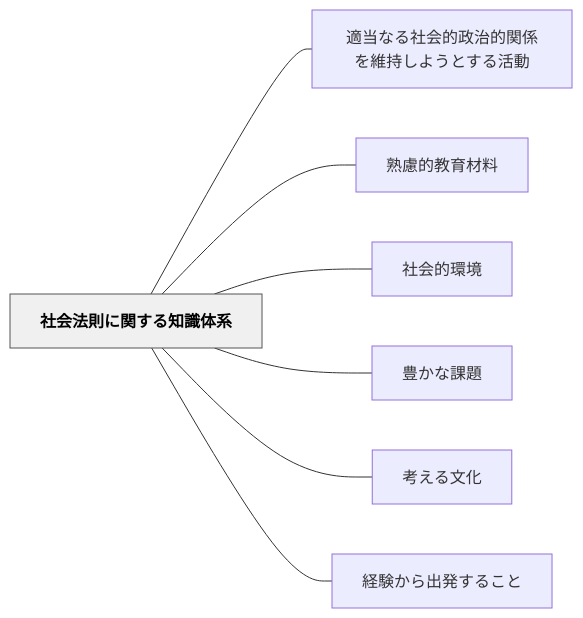
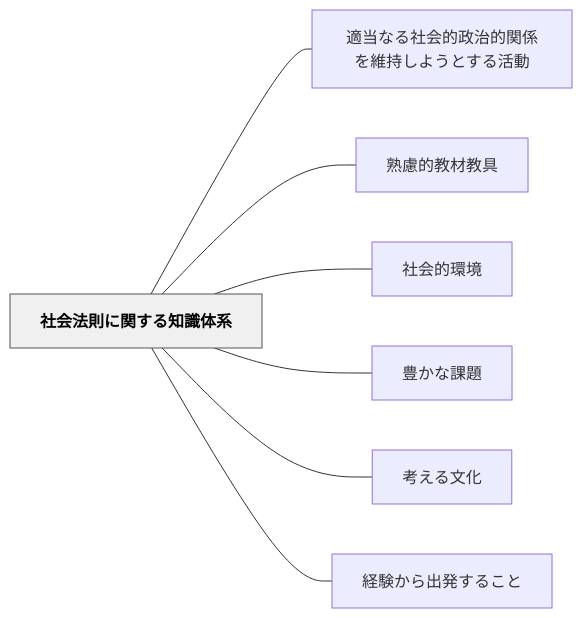
One commit to unknownthings-ed-patterns/unknownthings-ed-patterns changed the diagram in content/パタン/社会法則に関する知識体系.md. Above: the diagram before and after it, drawn with Mermaid. The commit also changed other lines of this file and 72 other files, not shown here.

````diff
--- a/content/パタン/社会法則に関する知識体系.md
+++ b/content/パタン/社会法則に関する知識体系.md
@@ -48,20 +48,20 @@
 ```mermaid
 flowchart LR
     ne7a4bee4bc9ae6b395e58987e381abe996a2e38199e3828be79fa5e8ad98e4bd93e7b3bb["社会法則に関する知識体系"]
     ne981a9e5bd93e381aae3828be7a4bee4bc9ae79a84e694bfe6b2bbe79a84e996a2e4bf82e38292e7b6ade68c81e38197e38288e38186e381a8e38199e3828be6b4bbe58b95["適当なる社会的政治的関係を維持しようとする活動"]
-    ne7869fe685aee79a84e69599e882b2e69d90e69699["熟慮的教育材料"]
+    ne7869fe685aee79a84e69599e69d90e69599e585b7["熟慮的教材教具"]
     ne7a4bee4bc9ae79a84e792b0e5a283["社会的環境"]
     ne8b18ae3818be381aae8aab2e9a18c["豊かな課題"]
     ne88083e38188e3828be69687e58c96["考える文化"]
     ne7b58ce9a893e3818be38289e587bae799bae38199e3828be38193e381a8["経験から出発すること"]
 
     ne7a4bee4bc9ae6b395e58987e381abe996a2e38199e3828be79fa5e8ad98e4bd93e7b3bb --- ne981a9e5bd93e381aae3828be7a4bee4bc9ae79a84e694bfe6b2bbe79a84e996a2e4bf82e38292e7b6ade68c81e38197e38288e38186e381a8e38199e3828be6b4bbe58b95
-    ne7a4bee4bc9ae6b395e58987e381abe996a2e38199e3828be79fa5e8ad98e4bd93e7b3bb --- ne7869fe685aee79a84e69599e882b2e69d90e69699
+    ne7a4bee4bc9ae6b395e58987e381abe996a2e38199e3828be79fa5e8ad98e4bd93e7b3bb --- ne7869fe685aee79a84e69599e69d90e69599e585b7
     ne7a4bee4bc9ae6b395e58987e381abe996a2e38199e3828be79fa5e8ad98e4bd93e7b3bb --- ne7a4bee4bc9ae79a84e792b0e5a283
     ne7a4bee4bc9ae6b395e58987e381abe996a2e38199e3828be79fa5e8ad98e4bd93e7b3bb --- ne8b18ae3818be381aae8aab2e9a18c
     ne7a4bee4bc9ae6b395e58987e381abe996a2e38199e3828be79fa5e8ad98e4bd93e7b3bb --- ne88083e38188e3828be69687e58c96
     ne7a4bee4bc9ae6b395e58987e381abe996a2e38199e3828be79fa5e8ad98e4bd93e7b3bb --- ne7b58ce9a893e3818be38289e587bae799bae38199e3828be38193e381a8
 
     classDef hub fill:#f0f0f0,stroke:#555,color:#000,font-weight:bold
     class ne7a4bee4bc9ae6b395e58987e381abe996a2e38199e3828be79fa5e8ad98e4bd93e7b3bb hub
 ```
````
